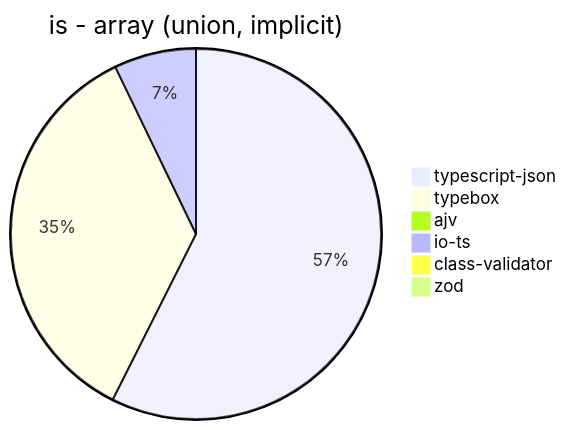
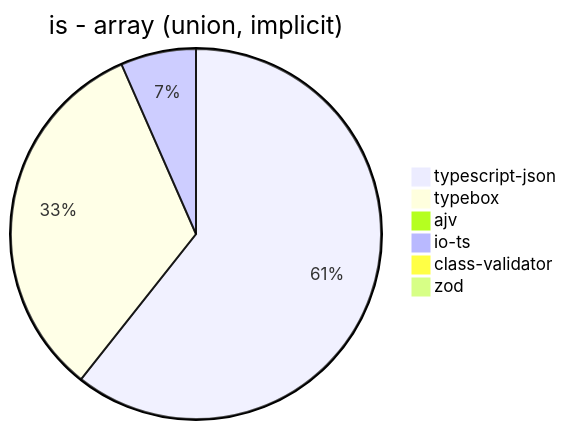
Before and after one commit to samchon/typia: the seventh of 39 diagrams in benchmark/results/11th Gen Intel(R) Core(TM) i5-1135G7 @ 2.40GHz.md, drawn with Mermaid. The commit also changed other lines of this file and 7 other files, not shown here.

````diff
--- a/benchmark/results/11th Gen Intel(R) Core(TM) i5-1135G7 @ 2.40GHz.md
+++ b/benchmark/results/11th Gen Intel(R) Core(TM) i5-1135G7 @ 2.40GHz.md
@@ -87,9 +87,9 @@
 ```mermaid
 pie title is - array (union, implicit)
-  "typescript-json": 3689.2798839107563
-  "typebox": 2275.968710205567
+  "typescript-json": 3855.1812522885393
+  "typebox": 2082.1018062397375
   "ajv": 0
-  "io-ts": 460.33519553072625
-  "class-validator": 8.64397622906537
-  "zod": 3.549411544928078
+  "io-ts": 418.66422689844467
+  "class-validator": 9.320905459387484
+  "zod": 3.750234389649353
 ```
````
